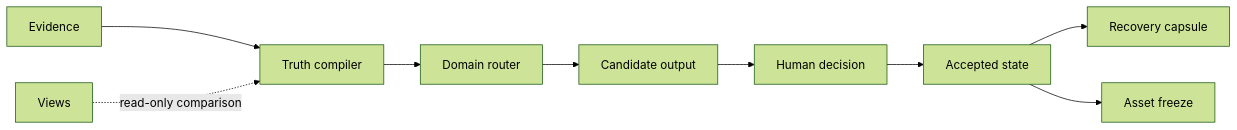
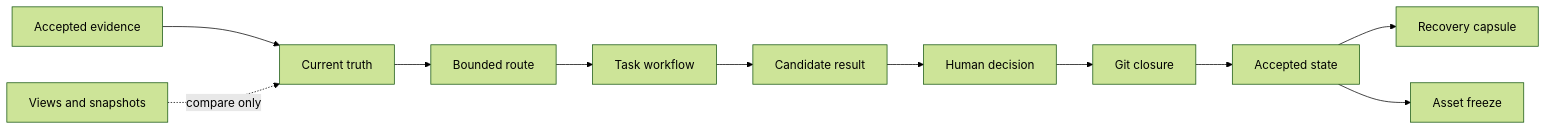
Before and after one commit to Dengk3Li/personal-ai-os-core: the diagram in README.md, drawn with Mermaid (forest theme). The commit also changed other lines of this file and 10 other files, not shown here.

Commit message:
feat: add workflow and git closure contracts

````diff
--- a/README.md
+++ b/README.md
@@ -41,11 +28,13 @@
 ```mermaid
 flowchart LR
-    E[Evidence] --> T[Truth compiler]
-    V[Views] -. read-only comparison .-> T
-    T --> R[Domain router]
-    R --> C[Candidate output]
+    E[Accepted evidence] --> T[Current truth]
+    V[Views and snapshots] -. compare only .-> T
+    T --> R[Bounded route]
+    R --> W[Task workflow]
+    W --> C[Candidate result]
     C --> H[Human decision]
-    H --> A[Accepted state]
+    H --> G[Git closure]
+    G --> A[Accepted state]
     A --> K[Recovery capsule]
     A --> F[Asset freeze]
 ```
````
